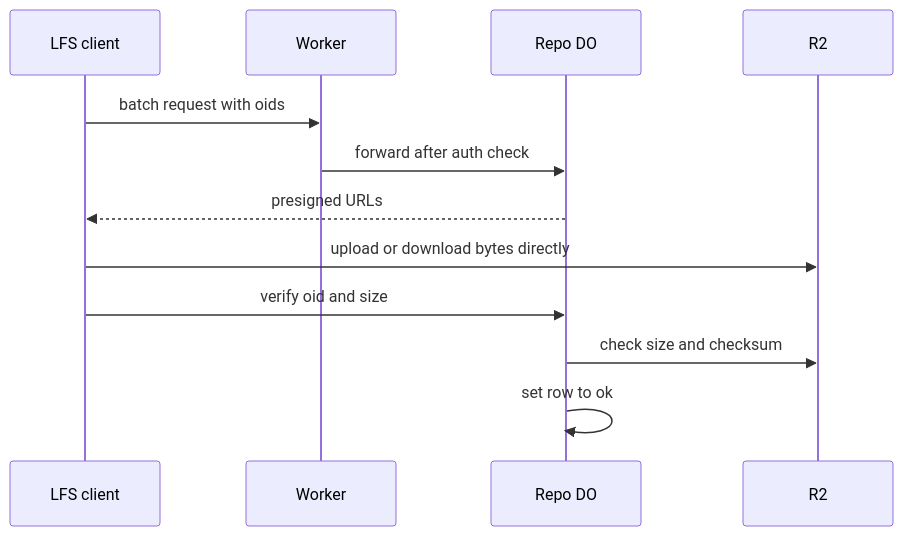
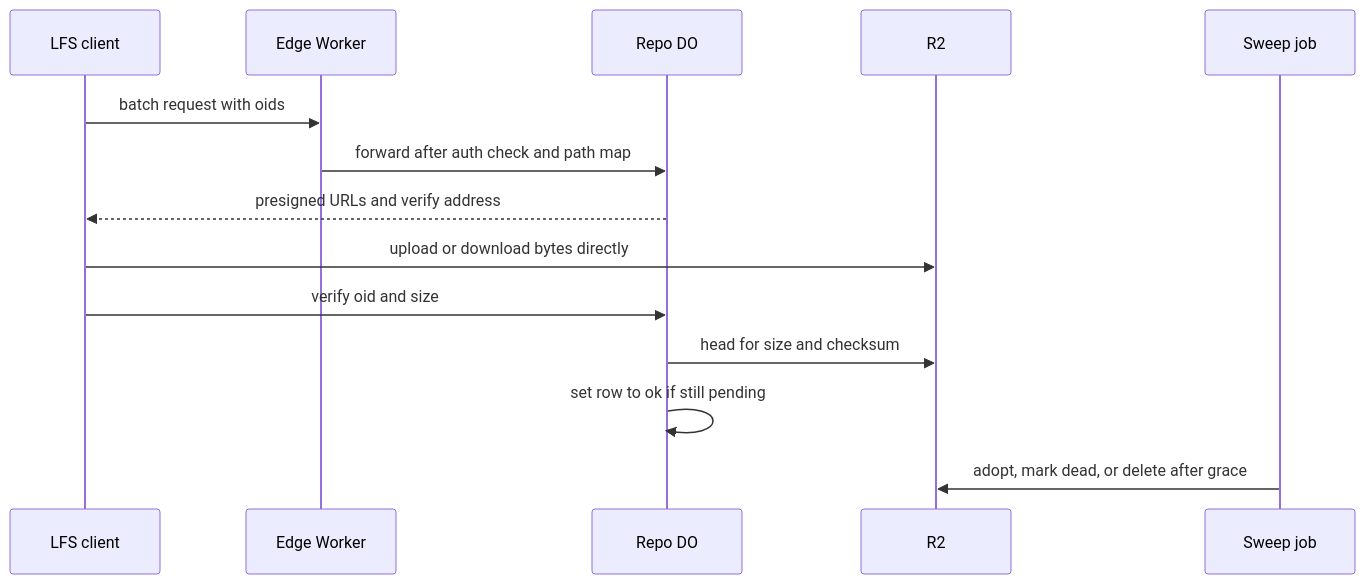
The diagram in plain/native-lfs.md (idl3/git-edge), drawn with Mermaid before and after one commit. The commit also changed other lines of this file and 47 other files, not shown here.

````diff
--- a/plain/native-lfs.md
+++ b/plain/native-lfs.md
@@ -34,14 +37,16 @@
 ```mermaid
 sequenceDiagram
     participant C as LFS client
-    participant W as Worker
+    participant W as Edge Worker
     participant D as Repo DO
     participant R as R2
+    participant S as Sweep job
     C->>W: batch request with oids
-    W->>D: forward after auth check
-    D-->>C: presigned URLs
+    W->>D: forward after auth check and path map
+    D-->>C: presigned URLs and verify address
     C->>R: upload or download bytes directly
     C->>D: verify oid and size
-    D->>R: check size and checksum
-    D->>D: set row to ok
+    D->>R: head for size and checksum
+    D->>D: set row to ok if still pending
+    S->>R: adopt, mark dead, or delete after grace
 ```
````
